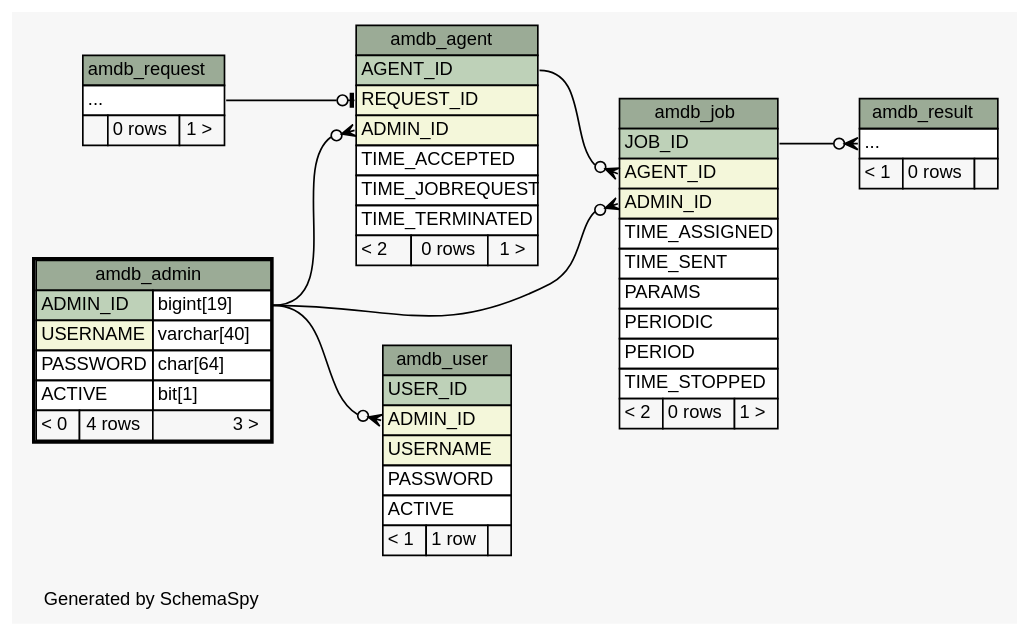
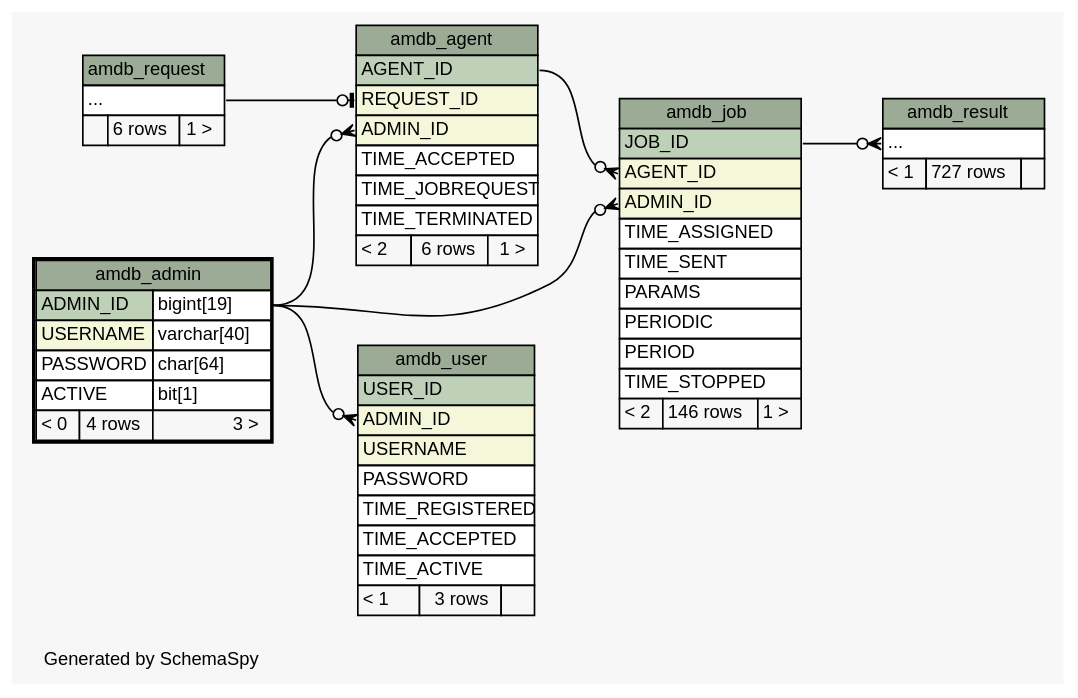
One commit to yannikab/k23b_ac changed the diagram in am/doc/schemaspy/diagrams/amdb_admin.2degrees.dot. Above: the diagram before and after it, drawn with Graphviz. The commit also changed 46 other files, not shown here.

Commit message:
Database schema changes for Aggregator Manager.

```diff
--- a/am/doc/schemaspy/diagrams/amdb_admin.2degrees.dot
+++ b/am/doc/schemaspy/diagrams/amdb_admin.2degrees.dot
@@ -1,108 +1,110 @@
 // dot 2.38.0 on Linux 4.0.5-gentoo
 // SchemaSpy rev 590
 digraph "twoDegreesRelationshipsDiagram" {
   graph [
     rankdir="RL"
     bgcolor="#f7f7f7"
     label="\nGenerated by SchemaSpy"
     labeljust="l"
     nodesep="0.18"
     ranksep="0.46"
     fontname="Helvetica"
     fontsize="11"
   ];
   node [
     fontname="Helvetica"
     fontsize="11"
     shape="plaintext"
   ];
   edge [
     arrowsize="0.8"
   ];
   "amdb_agent":"ADMIN_ID":w -> "amdb_admin":"ADMIN_ID.type":e [arrowhead=none dir=back arrowtail=crowodot];
   "amdb_agent":"REQUEST_ID":w -> "amdb_request":"elipses":e [arrowhead=none dir=back arrowtail=teeodot];
   "amdb_job":"ADMIN_ID":w -> "amdb_admin":"ADMIN_ID.type":e [arrowhead=none dir=back arrowtail=crowodot];
   "amdb_job":"AGENT_ID":w -> "amdb_agent":"AGENT_ID":e [arrowhead=none dir=back arrowtail=crowodot];
   "amdb_result":"elipses":w -> "amdb_job":"JOB_ID":e [arrowhead=none dir=back arrowtail=crowodot];
   "amdb_user":"ADMIN_ID":w -> "amdb_admin":"ADMIN_ID.type":e [arrowhead=none dir=back arrowtail=crowodot];
   "amdb_admin" [
     label=<
     <TABLE BORDER="2" CELLBORDER="1" CELLSPACING="0" BGCOLOR="#ffffff">
       <TR><TD COLSPAN="3" BGCOLOR="#9bab96" ALIGN="CENTER">amdb_admin</TD></TR>
       <TR><TD PORT="ADMIN_ID" COLSPAN="2" BGCOLOR="#bed1b8" ALIGN="LEFT">ADMIN_ID</TD><TD PORT="ADMIN_ID.type" ALIGN="LEFT">bigint[19]</TD></TR>
       <TR><TD PORT="USERNAME" COLSPAN="2" BGCOLOR="#f4f7da" ALIGN="LEFT">USERNAME</TD><TD PORT="USERNAME.type" ALIGN="LEFT">varchar[40]</TD></TR>
       <TR><TD PORT="PASSWORD" COLSPAN="2" ALIGN="LEFT">PASSWORD</TD><TD PORT="PASSWORD.type" ALIGN="LEFT">char[64]</TD></TR>
       <TR><TD PORT="ACTIVE" COLSPAN="2" ALIGN="LEFT">ACTIVE</TD><TD PORT="ACTIVE.type" ALIGN="LEFT">bit[1]</TD></TR>
       <TR><TD ALIGN="LEFT" BGCOLOR="#f7f7f7">&lt; 0</TD><TD ALIGN="RIGHT" BGCOLOR="#f7f7f7">4 rows</TD><TD ALIGN="RIGHT" BGCOLOR="#f7f7f7">3 &gt;</TD></TR>
     </TABLE>>
     URL="amdb_admin.html"
     tooltip="amdb_admin"
   ];
   "amdb_agent" [
     label=<
     <TABLE BORDER="0" CELLBORDER="1" CELLSPACING="0" BGCOLOR="#ffffff">
       <TR><TD COLSPAN="3" BGCOLOR="#9bab96" ALIGN="CENTER">amdb_agent</TD></TR>
       <TR><TD PORT="AGENT_ID" COLSPAN="3" BGCOLOR="#bed1b8" ALIGN="LEFT">AGENT_ID</TD></TR>
       <TR><TD PORT="REQUEST_ID" COLSPAN="3" BGCOLOR="#f4f7da" ALIGN="LEFT">REQUEST_ID</TD></TR>
       <TR><TD PORT="ADMIN_ID" COLSPAN="3" BGCOLOR="#f4f7da" ALIGN="LEFT">ADMIN_ID</TD></TR>
       <TR><TD PORT="TIME_ACCEPTED" COLSPAN="3" ALIGN="LEFT">TIME_ACCEPTED</TD></TR>
       <TR><TD PORT="TIME_JOBREQUEST" COLSPAN="3" ALIGN="LEFT">TIME_JOBREQUEST</TD></TR>
       <TR><TD PORT="TIME_TERMINATED" COLSPAN="3" ALIGN="LEFT">TIME_TERMINATED</TD></TR>
-      <TR><TD ALIGN="LEFT" BGCOLOR="#f7f7f7">&lt; 2</TD><TD ALIGN="RIGHT" BGCOLOR="#f7f7f7">0 rows</TD><TD ALIGN="RIGHT" BGCOLOR="#f7f7f7">1 &gt;</TD></TR>
+      <TR><TD ALIGN="LEFT" BGCOLOR="#f7f7f7">&lt; 2</TD><TD ALIGN="RIGHT" BGCOLOR="#f7f7f7">6 rows</TD><TD ALIGN="RIGHT" BGCOLOR="#f7f7f7">1 &gt;</TD></TR>
     </TABLE>>
     URL="amdb_agent.html"
     tooltip="amdb_agent"
   ];
   "amdb_job" [
     label=<
     <TABLE BORDER="0" CELLBORDER="1" CELLSPACING="0" BGCOLOR="#ffffff">
       <TR><TD COLSPAN="3" BGCOLOR="#9bab96" ALIGN="CENTER">amdb_job</TD></TR>
       <TR><TD PORT="JOB_ID" COLSPAN="3" BGCOLOR="#bed1b8" ALIGN="LEFT">JOB_ID</TD></TR>
       <TR><TD PORT="AGENT_ID" COLSPAN="3" BGCOLOR="#f4f7da" ALIGN="LEFT">AGENT_ID</TD></TR>
       <TR><TD PORT="ADMIN_ID" COLSPAN="3" BGCOLOR="#f4f7da" ALIGN="LEFT">ADMIN_ID</TD></TR>
       <TR><TD PORT="TIME_ASSIGNED" COLSPAN="3" ALIGN="LEFT">TIME_ASSIGNED</TD></TR>
       <TR><TD PORT="TIME_SENT" COLSPAN="3" ALIGN="LEFT">TIME_SENT</TD></TR>
       <TR><TD PORT="PARAMS" COLSPAN="3" ALIGN="LEFT">PARAMS</TD></TR>
       <TR><TD PORT="PERIODIC" COLSPAN="3" ALIGN="LEFT">PERIODIC</TD></TR>
       <TR><TD PORT="PERIOD" COLSPAN="3" ALIGN="LEFT">PERIOD</TD></TR>
       <TR><TD PORT="TIME_STOPPED" COLSPAN="3" ALIGN="LEFT">TIME_STOPPED</TD></TR>
-      <TR><TD ALIGN="LEFT" BGCOLOR="#f7f7f7">&lt; 2</TD><TD ALIGN="RIGHT" BGCOLOR="#f7f7f7">0 rows</TD><TD ALIGN="RIGHT" BGCOLOR="#f7f7f7">1 &gt;</TD></TR>
+      <TR><TD ALIGN="LEFT" BGCOLOR="#f7f7f7">&lt; 2</TD><TD ALIGN="RIGHT" BGCOLOR="#f7f7f7">146 rows</TD><TD ALIGN="RIGHT" BGCOLOR="#f7f7f7">1 &gt;</TD></TR>
     </TABLE>>
     URL="amdb_job.html"
     tooltip="amdb_job"
   ];
   "amdb_request" [
     label=<
     <TABLE BORDER="0" CELLBORDER="1" CELLSPACING="0" BGCOLOR="#ffffff">
       <TR><TD COLSPAN="3" BGCOLOR="#9bab96" ALIGN="CENTER">amdb_request</TD></TR>
       <TR><TD PORT="elipses" COLSPAN="3" ALIGN="LEFT">...</TD></TR>
-      <TR><TD ALIGN="LEFT" BGCOLOR="#f7f7f7">  </TD><TD ALIGN="RIGHT" BGCOLOR="#f7f7f7">0 rows</TD><TD ALIGN="RIGHT" BGCOLOR="#f7f7f7">1 &gt;</TD></TR>
+      <TR><TD ALIGN="LEFT" BGCOLOR="#f7f7f7">  </TD><TD ALIGN="RIGHT" BGCOLOR="#f7f7f7">6 rows</TD><TD ALIGN="RIGHT" BGCOLOR="#f7f7f7">1 &gt;</TD></TR>
     </TABLE>>
     URL="amdb_request.html"
     tooltip="amdb_request"
   ];
   "amdb_result" [
     label=<
     <TABLE BORDER="0" CELLBORDER="1" CELLSPACING="0" BGCOLOR="#ffffff">
       <TR><TD COLSPAN="3" BGCOLOR="#9bab96" ALIGN="CENTER">amdb_result</TD></TR>
       <TR><TD PORT="elipses" COLSPAN="3" ALIGN="LEFT">...</TD></TR>
-      <TR><TD ALIGN="LEFT" BGCOLOR="#f7f7f7">&lt; 1</TD><TD ALIGN="RIGHT" BGCOLOR="#f7f7f7">0 rows</TD><TD ALIGN="RIGHT" BGCOLOR="#f7f7f7">  </TD></TR>
+      <TR><TD ALIGN="LEFT" BGCOLOR="#f7f7f7">&lt; 1</TD><TD ALIGN="RIGHT" BGCOLOR="#f7f7f7">727 rows</TD><TD ALIGN="RIGHT" BGCOLOR="#f7f7f7">  </TD></TR>
     </TABLE>>
     URL="amdb_result.html"
     tooltip="amdb_result"
   ];
   "amdb_user" [
     label=<
     <TABLE BORDER="0" CELLBORDER="1" CELLSPACING="0" BGCOLOR="#ffffff">
       <TR><TD COLSPAN="3" BGCOLOR="#9bab96" ALIGN="CENTER">amdb_user</TD></TR>
       <TR><TD PORT="USER_ID" COLSPAN="3" BGCOLOR="#bed1b8" ALIGN="LEFT">USER_ID</TD></TR>
       <TR><TD PORT="ADMIN_ID" COLSPAN="3" BGCOLOR="#f4f7da" ALIGN="LEFT">ADMIN_ID</TD></TR>
       <TR><TD PORT="USERNAME" COLSPAN="3" BGCOLOR="#f4f7da" ALIGN="LEFT">USERNAME</TD></TR>
       <TR><TD PORT="PASSWORD" COLSPAN="3" ALIGN="LEFT">PASSWORD</TD></TR>
-      <TR><TD PORT="ACTIVE" COLSPAN="3" ALIGN="LEFT">ACTIVE</TD></TR>
-      <TR><TD ALIGN="LEFT" BGCOLOR="#f7f7f7">&lt; 1</TD><TD ALIGN="RIGHT" BGCOLOR="#f7f7f7">1 row</TD><TD ALIGN="RIGHT" BGCOLOR="#f7f7f7">  </TD></TR>
+      <TR><TD PORT="TIME_REGISTERED" COLSPAN="3" ALIGN="LEFT">TIME_REGISTERED</TD></TR>
+      <TR><TD PORT="TIME_ACCEPTED" COLSPAN="3" ALIGN="LEFT">TIME_ACCEPTED</TD></TR>
+      <TR><TD PORT="TIME_ACTIVE" COLSPAN="3" ALIGN="LEFT">TIME_ACTIVE</TD></TR>
+      <TR><TD ALIGN="LEFT" BGCOLOR="#f7f7f7">&lt; 1</TD><TD ALIGN="RIGHT" BGCOLOR="#f7f7f7">3 rows</TD><TD ALIGN="RIGHT" BGCOLOR="#f7f7f7">  </TD></TR>
     </TABLE>>
     URL="amdb_user.html"
     tooltip="amdb_user"
   ];
 }
```
